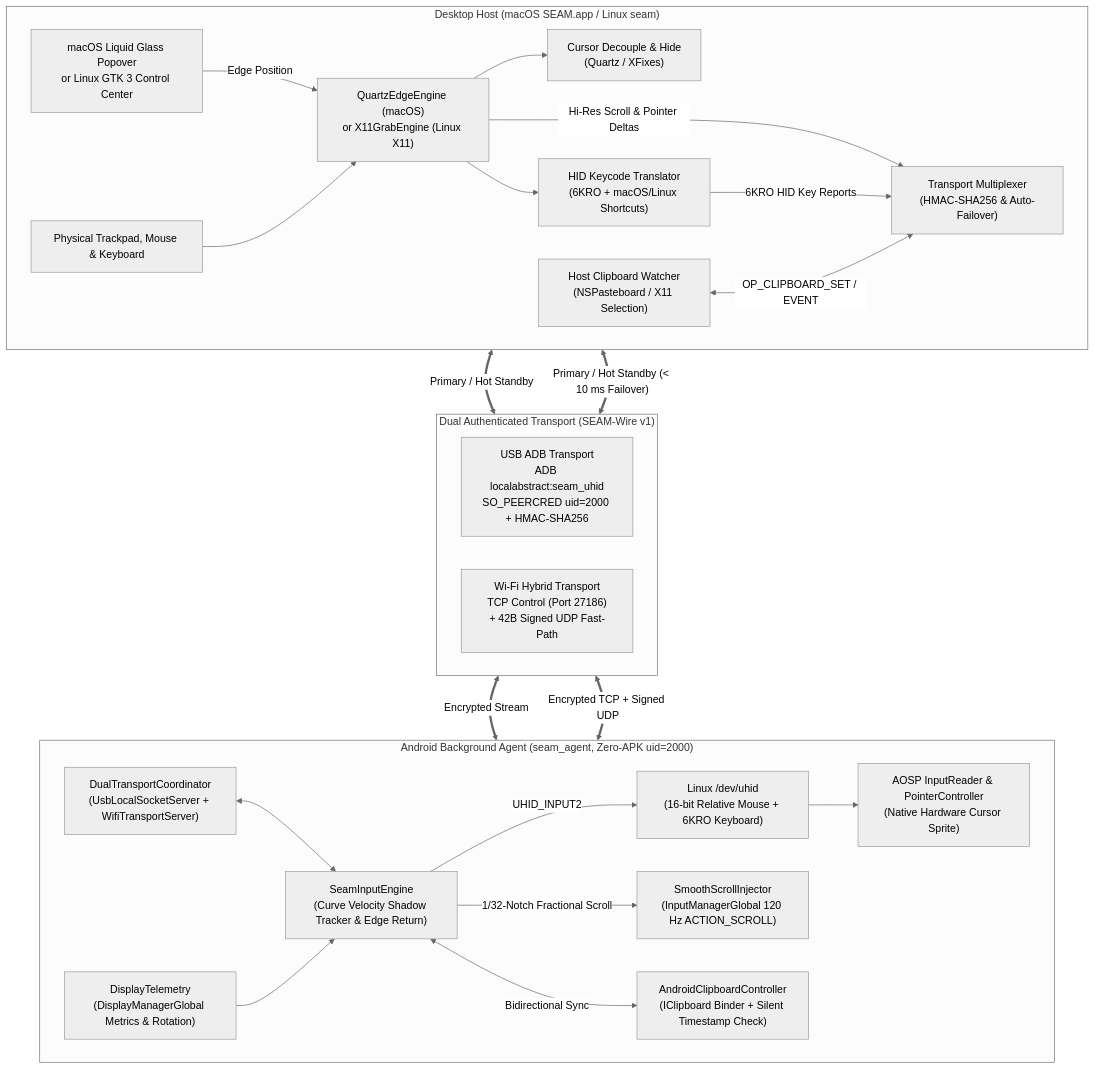
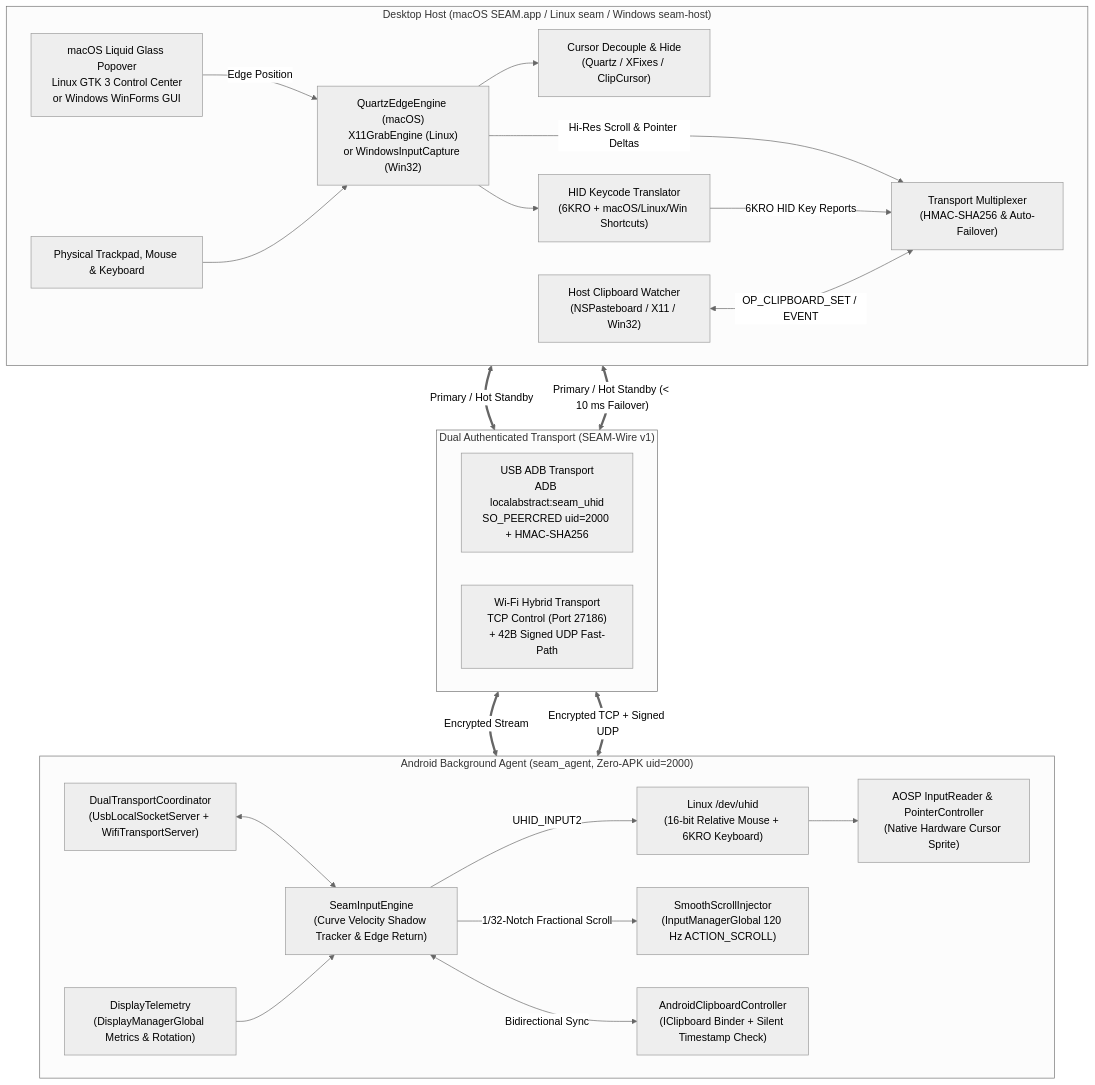
One commit to Ferousco-dev/Seam changed the first of 2 diagrams in README.md. Above: the diagram before and after it, drawn with Mermaid (neutral theme). The commit also changed other lines of this file and 3 other files, not shown here.

````diff
--- a/README.md
+++ b/README.md
@@ -130,51 +137,51 @@
 ```mermaid
 flowchart TB
-    subgraph Host["Desktop Host (macOS SEAM.app / Linux seam)"]
+    subgraph Host["Desktop Host (macOS SEAM.app / Linux seam / Windows seam-host)"]
         direction LR
-        UI["macOS Liquid Glass Popover<br/>or Linux GTK 3 Control Center"]
+        UI["macOS Liquid Glass Popover<br/>Linux GTK 3 Control Center<br/>or Windows WinForms GUI"]
         HID["Physical Trackpad, Mouse & Keyboard"]
-        Capture["QuartzEdgeEngine (macOS)<br/>or X11GrabEngine (Linux X11)"]
-        CursorCtrl["Cursor Decouple & Hide<br/>(Quartz / XFixes)"]
-        KeyMap["HID Keycode Translator<br/>(6KRO + macOS/Linux Shortcuts)"]
-        ClipHost["Host Clipboard Watcher<br/>(NSPasteboard / X11 Selection)"]
+        Capture["QuartzEdgeEngine (macOS)<br/>X11GrabEngine (Linux)<br/>or WindowsInputCapture (Win32)"]
+        CursorCtrl["Cursor Decouple & Hide<br/>(Quartz / XFixes / ClipCursor)"]
+        KeyMap["HID Keycode Translator<br/>(6KRO + macOS/Linux/Win Shortcuts)"]
+        ClipHost["Host Clipboard Watcher<br/>(NSPasteboard / X11 / Win32)"]
         Mux["Transport Multiplexer<br/>(HMAC-SHA256 & Auto-Failover)"]
 
         UI -->|"Edge Position"| Capture
         HID --> Capture
         Capture --> CursorCtrl
         Capture --> KeyMap
         Capture -->|"Hi-Res Scroll & Pointer Deltas"| Mux
         KeyMap -->|"6KRO HID Key Reports"| Mux
         ClipHost <-->|"OP_CLIPBOARD_SET / EVENT"| Mux
     end
 
     subgraph Transport["Dual Authenticated Transport (SEAM-Wire v1)"]
         direction LR
         USB["USB ADB Transport<br/>ADB localabstract:seam_uhid<br/>SO_PEERCRED uid=2000 + HMAC-SHA256"]
         WIFI["Wi-Fi Hybrid Transport<br/>TCP Control (Port 27186)<br/>+ 42B Signed UDP Fast-Path"]
     end
 
     Mux <==>|"Primary / Hot Standby"| USB
     Mux <==>|"Primary / Hot Standby (< 10 ms Failover)"| WIFI
 
     subgraph Android["Android Background Agent (seam_agent, Zero-APK uid=2000)"]
         direction LR
         Coord["DualTransportCoordinator<br/>(UsbLocalSocketServer + WifiTransportServer)"]
         Engine["SeamInputEngine<br/>(Curve Velocity Shadow Tracker & Edge Return)"]
         UHID["Linux /dev/uhid<br/>(16-bit Relative Mouse + 6KRO Keyboard)"]
         AOSP["AOSP InputReader & PointerController<br/>(Native Hardware Cursor Sprite)"]
         Scroll["SmoothScrollInjector<br/>(InputManagerGlobal 120 Hz ACTION_SCROLL)"]
         ClipAnd["AndroidClipboardController<br/>(IClipboard Binder + Silent Timestamp Check)"]
         Display["DisplayTelemetry<br/>(DisplayManagerGlobal Metrics & Rotation)"]
 
         Coord <--> Engine
         Engine -->|"UHID_INPUT2"| UHID
         UHID --> AOSP
         Engine -->|"1/32-Notch Fractional Scroll"| Scroll
         Engine <-->|"Bidirectional Sync"| ClipAnd
         Display --> Engine
     end
 
     USB <==>|"Encrypted Stream"| Coord
     WIFI <==>|"Encrypted TCP + Signed UDP"| Coord
 ```
````
